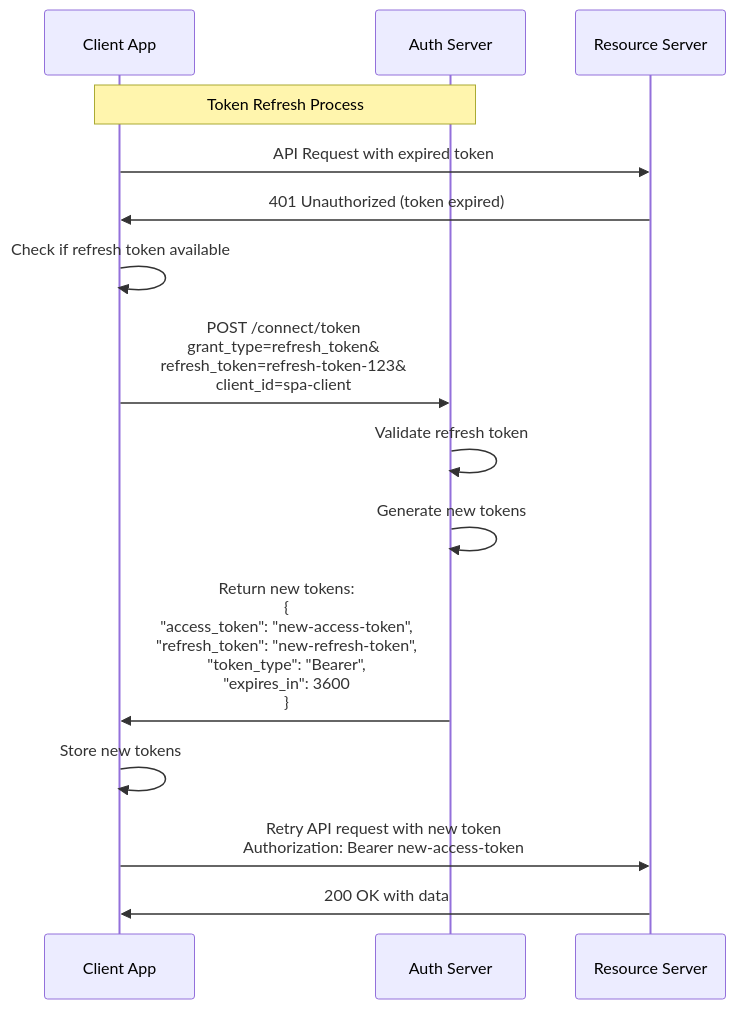
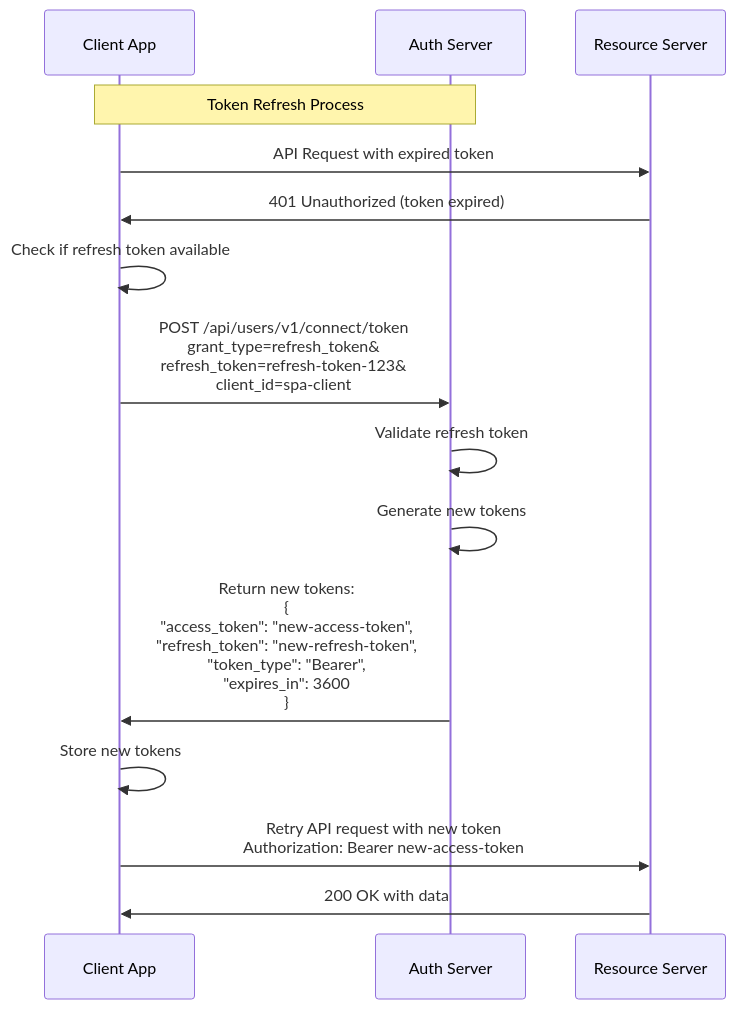
Before and after one commit to DataDog/stickerlandia: the third of 4 diagrams in user-management/docs/Auth.md, drawn with Mermaid. The commit also changed other lines of this file and 6 other files, not shown here.

````diff
--- a/user-management/docs/Auth.md
+++ b/user-management/docs/Auth.md
@@ -140,21 +140,21 @@
 ```mermaid
 sequenceDiagram
     participant C as Client App
     participant AS as Auth Server
     participant RS as Resource Server
 
     Note over C,AS: Token Refresh Process
     C->>RS: API Request with expired token
     RS->>C: 401 Unauthorized (token expired)
     
     C->>C: Check if refresh token available
-    C->>AS: POST /connect/token<br/>grant_type=refresh_token&<br/>refresh_token=refresh-token-123&<br/>client_id=spa-client
+    C->>AS: POST /api/users/v1/connect/token<br/>grant_type=refresh_token&<br/>refresh_token=refresh-token-123&<br/>client_id=spa-client
     
     AS->>AS: Validate refresh token
     AS->>AS: Generate new tokens
     AS->>C: Return new tokens:<br/>{<br/>  "access_token": "new-access-token",<br/>  "refresh_token": "new-refresh-token",<br/>  "token_type": "Bearer",<br/>  "expires_in": 3600<br/>}
     
     C->>C: Store new tokens
     C->>RS: Retry API request with new token<br/>Authorization: Bearer new-access-token
     RS->>C: 200 OK with data
 ```
````
